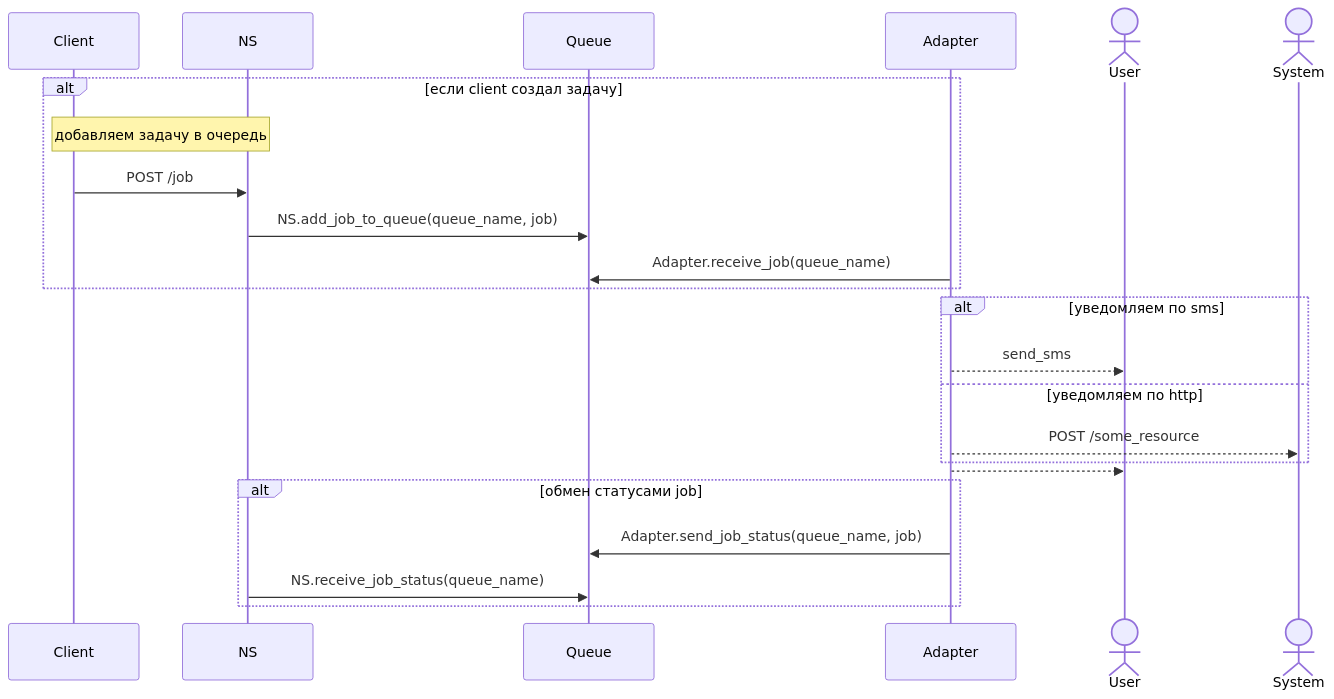
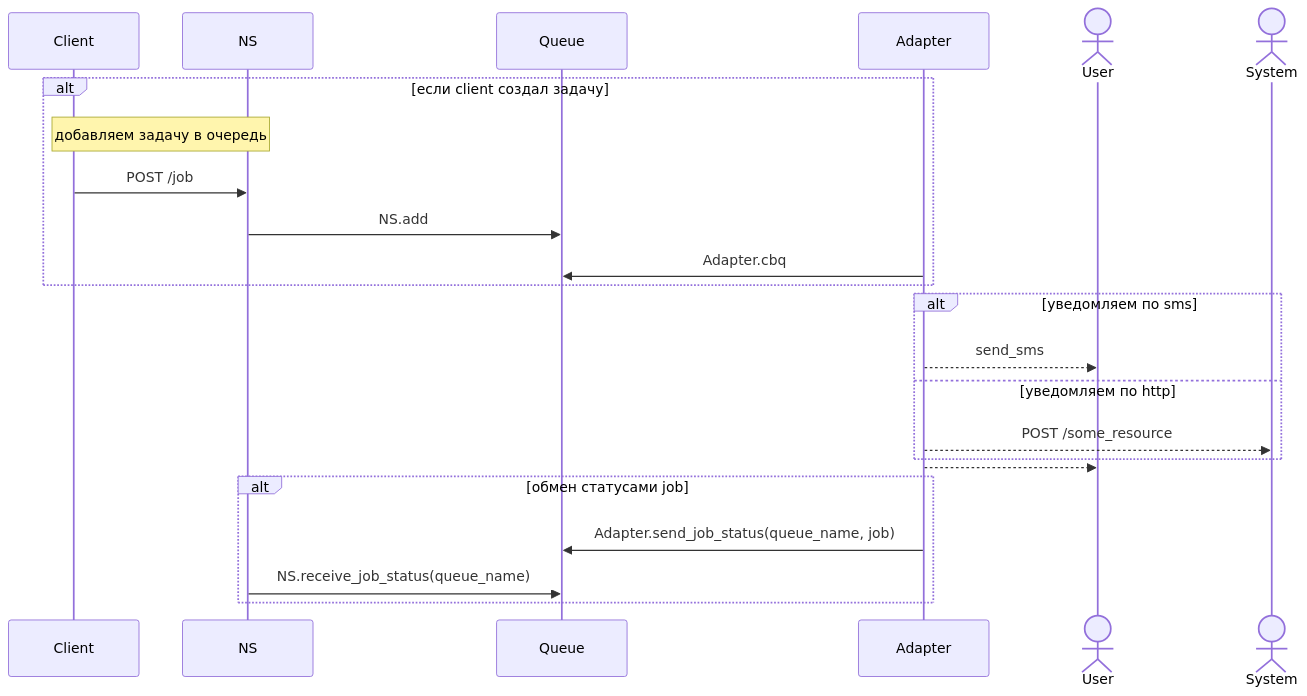
One commit to Timo4ey/ns changed the third of 4 diagrams in ns-sequence-diagram-rmq.md. Above: the diagram before and after it, drawn with Mermaid. The commit also changed 1 other file, not shown here.

Commit message:
[fix] fix connections

````diff
--- a/ns-sequence-diagram-rmq.md
+++ b/ns-sequence-diagram-rmq.md
@@ -57,34 +57,34 @@
 ```mermaid
 
 sequenceDiagram
     participant Client
     participant NS
     participant Queue
     participant Adapter
 
     actor User
     actor System
 
     alt если client создал задачу
         Note over Client, NS: добавляем задачу в очередь
         Client ->> NS: POST /job
-        NS ->> Queue: NS.add_job_to_queue(queue_name, job)
+        NS ->> Queue: NS.add
         
-        Adapter ->> Queue: Adapter.receive_job(queue_name)
+        Adapter ->> Queue: Adapter.cbq
     end
 
         
 
     alt уведомляем по sms
         Adapter -->> User: send_sms
     else уведомляем по http
         Adapter -->> System: POST /some_resource
     end
 
     Adapter -->> User: 
 
     alt обмен статусами job
         Adapter ->> Queue:Adapter.send_job_status(queue_name, job)
         NS ->> Queue: NS.receive_job_status(queue_name)
     end
 ```
````
